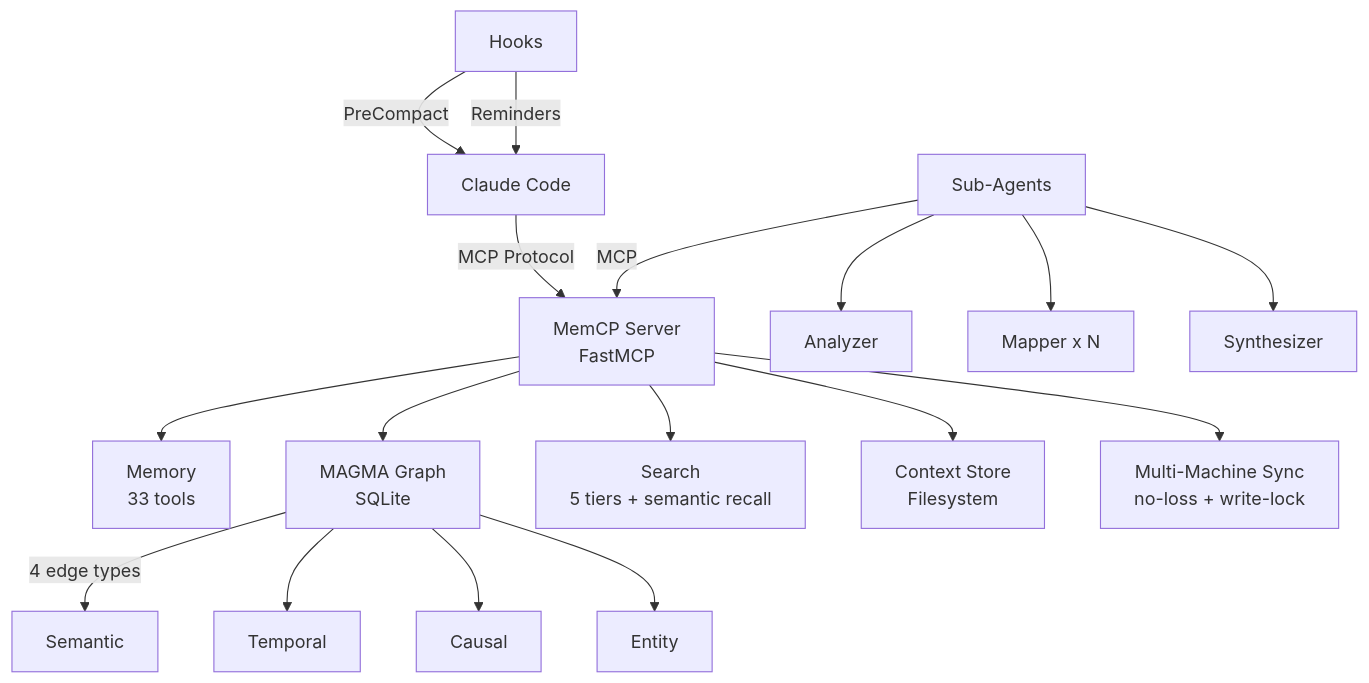
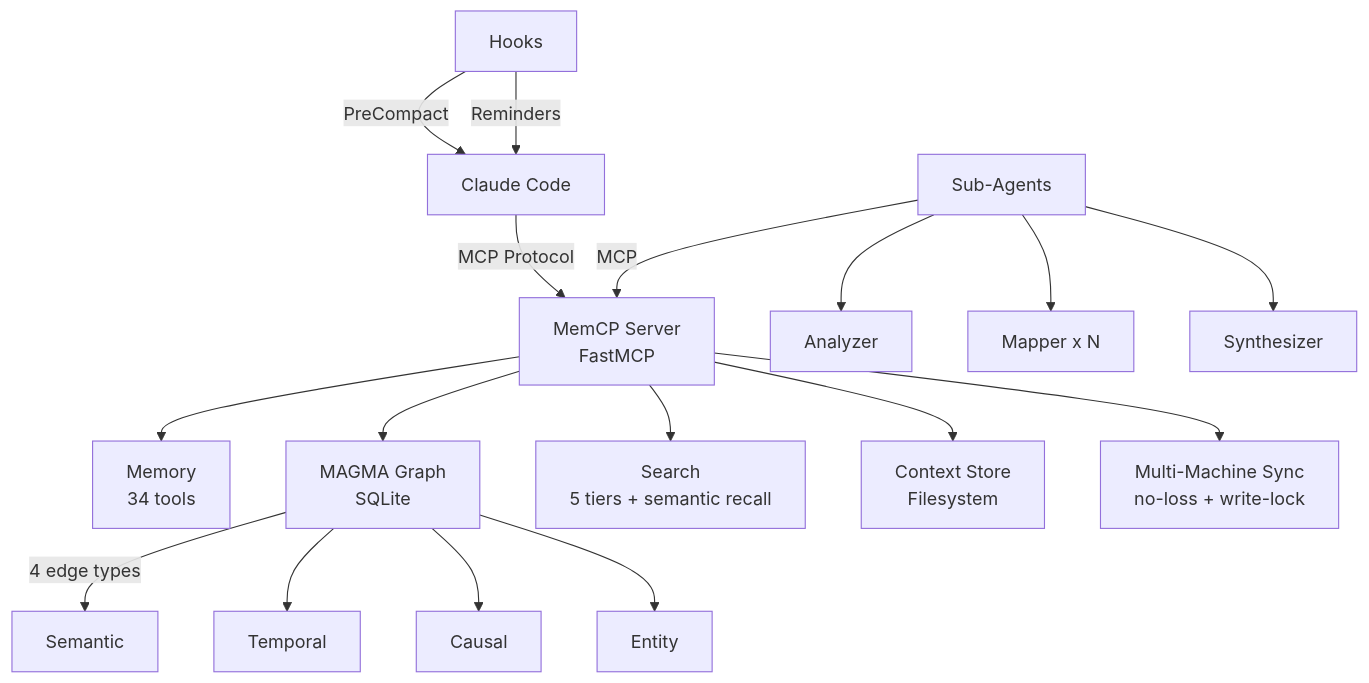
Before and after one commit to jeffborden/memcp-public: the diagram in README.md, drawn with Mermaid. The commit also changed other lines of this file and 1 other file, not shown here.

````diff
--- a/README.md
+++ b/README.md
@@ -73,22 +74,22 @@
 ```mermaid
 graph TB
     CC[Claude Code] -->|MCP Protocol| S[MemCP Server<br/>FastMCP]
-    S --> M[Memory<br/>33 tools]
+    S --> M[Memory<br/>34 tools]
     S --> G[MAGMA Graph<br/>SQLite]
     S --> SR[Search<br/>5 tiers + semantic recall]
     S --> C[Context Store<br/>Filesystem]
     S --> SY[Multi-Machine Sync<br/>no-loss + write-lock]
 
     G -->|4 edge types| E1[Semantic]
     G --> E2[Temporal]
     G --> E3[Causal]
     G --> E4[Entity]
 
     SA[Sub-Agents] -->|MCP| S
     SA --> A1[Analyzer]
     SA --> A2[Mapper x N]
     SA --> A3[Synthesizer]
 
     H[Hooks] -->|PreCompact| CC
     H -->|Reminders| CC
 ```
````
